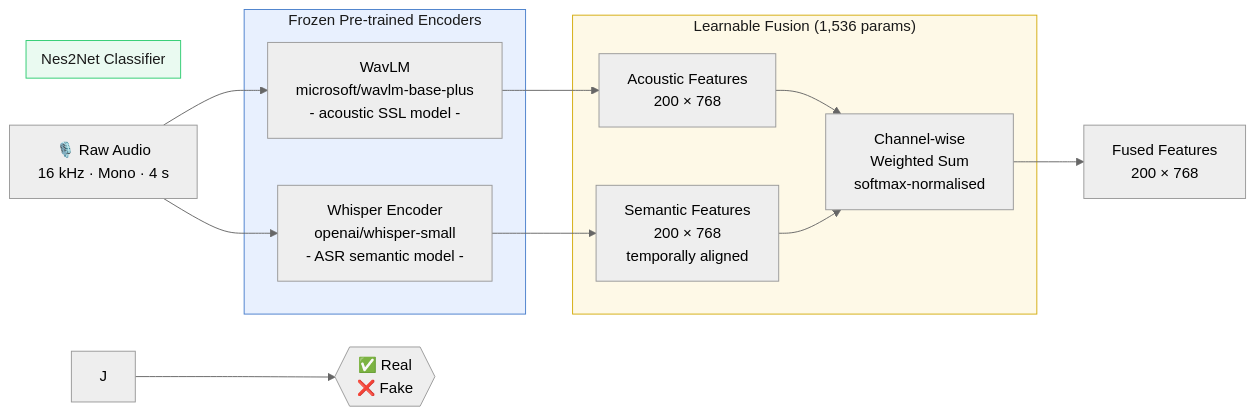
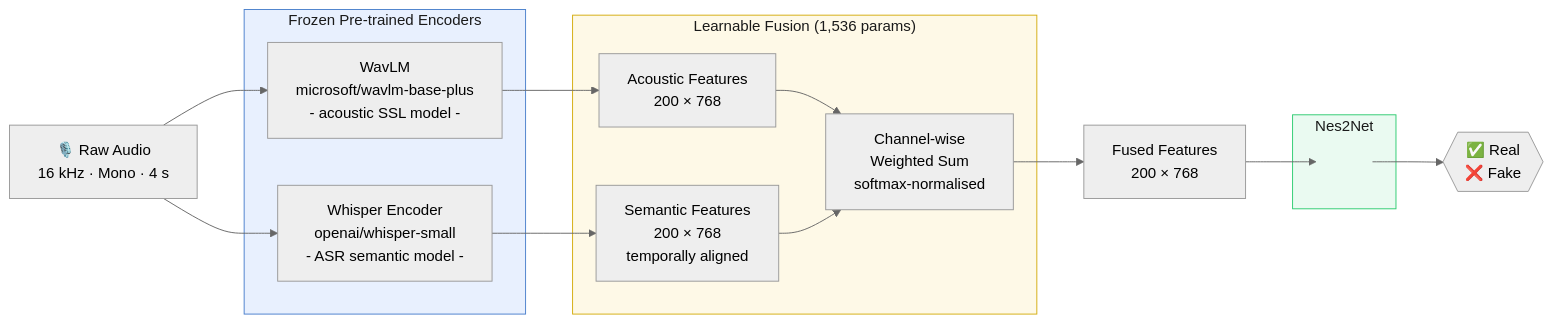
Before and after one commit to RoyNaor/Deepfake-Detection-Project: the first of 2 diagrams in README.md, drawn with Mermaid (neutral theme).

````diff
--- a/README.md
+++ b/README.md
@@ -44,30 +44,32 @@
 ```mermaid
 flowchart LR
     A["🎙️ Raw Audio\n16 kHz · Mono · 4 s"] --> B
 
     subgraph Encoders ["Frozen Pre-trained Encoders"]
         B["WavLM\nmicrosoft/wavlm-base-plus\n- acoustic SSL model -"]
         C["Whisper Encoder\nopenai/whisper-small\n- ASR semantic model -"]
     end
 
     A --> C
 
     B --> D["Acoustic Features\n200 × 768"]
     C --> E["Semantic Features\n200 × 768\ntemporally aligned"]
 
-    subgraph Fusion ["Learnable Fusion  (1,536 params)"]
+    subgraph Fusion ["Learnable Fusion (1,536 params)"]
         D --> F["Channel-wise\nWeighted Sum\nsoftmax-normalised"]
         E --> F
     end
 
     F --> G["Fused Features\n200 × 768"]
 
-    subgraph Classifier ["Nes2Net Classifier"]
+    subgraph Classifier ["Nes2Net"]
+        H[" "]
     end
 
-    J --> K{{"✅ Real\n❌ Fake"}}
+    G --> H --> K{{"✅ Real\n❌ Fake"}}
 
     style Encoders fill:#e8f0fe,stroke:#4a7fcc,color:#1a1a1a
     style Fusion fill:#fef9e7,stroke:#d4ac0d,color:#1a1a1a
     style Classifier fill:#eafaf1,stroke:#2ecc71,color:#1a1a1a
+    style H fill:transparent,stroke:transparent,color:transparent
 ```
````
